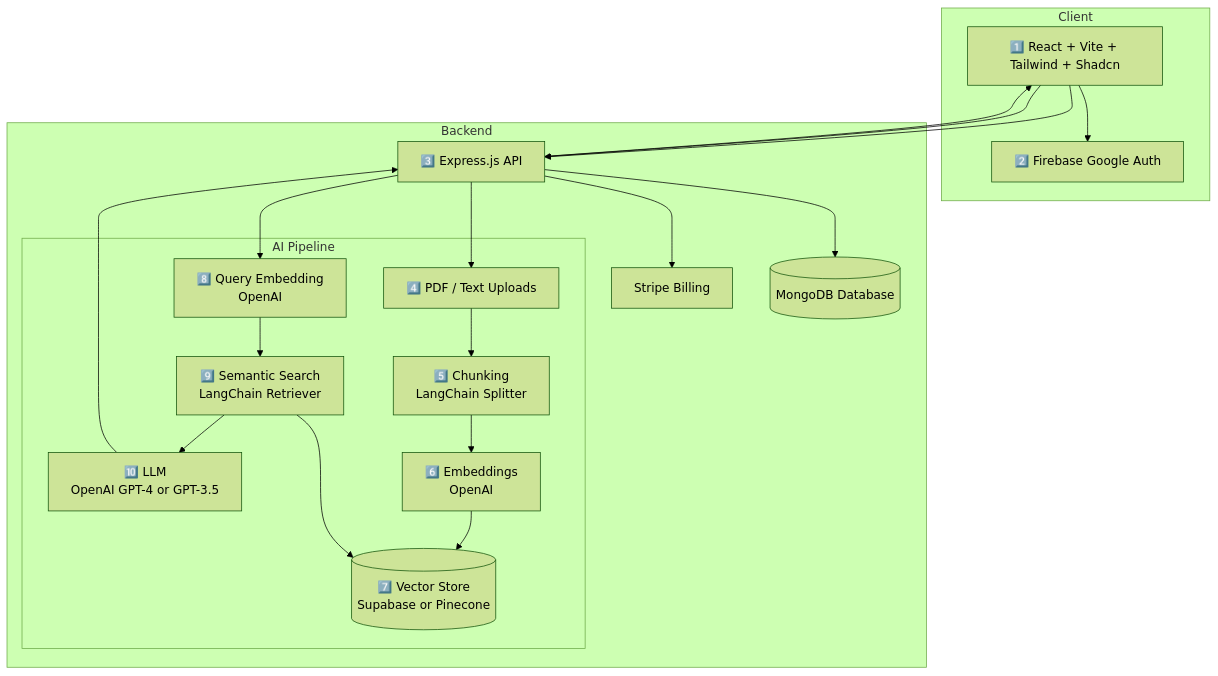
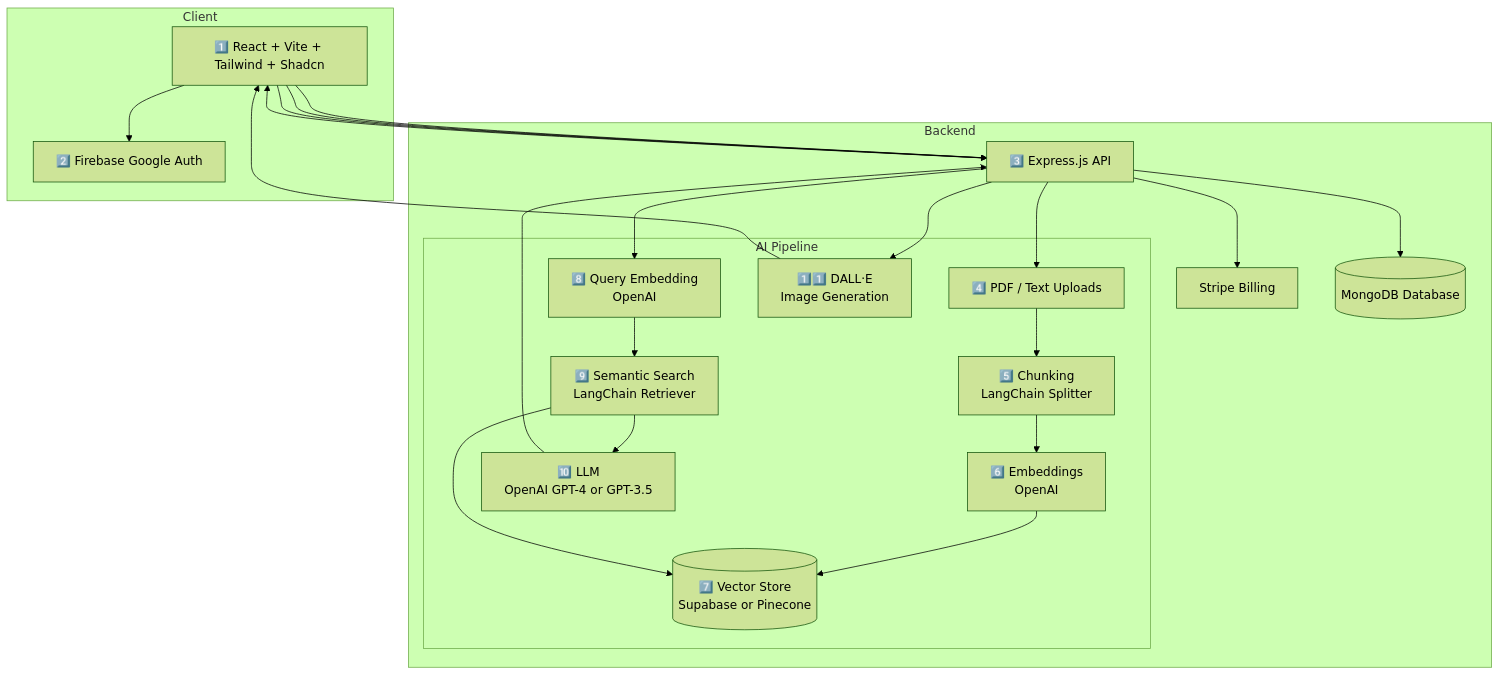
The diagram in README.md (varun-2301/genai-saas), drawn with Mermaid (forest theme) before and after one commit. The commit also changed other lines of this file, not shown here.

````diff
--- a/README.md
+++ b/README.md
@@ -63,40 +64,44 @@
 ```mermaid
 flowchart TD
     subgraph Client
         UI[1️⃣ React + Vite + Tailwind + Shadcn]
         FirebaseAuth[2️⃣ Firebase Google Auth]
     end
 
     subgraph Backend
         ExpressAPI[3️⃣ Express.js API]
 
         subgraph OpenAIFlow[AI Pipeline]
             Source[4️⃣ PDF / Text Uploads]
             Chunks[5️⃣ Chunking<br>LangChain Splitter]
             Embeddings[6️⃣ Embeddings<br>OpenAI]
             VectorDB[(7️⃣ Vector Store<br>Supabase or Pinecone)]
             QueryEmbedding[8️⃣ Query Embedding<br>OpenAI]
             Retriever[9️⃣ Semantic Search<br>LangChain Retriever]
             LLM[🔟 LLM<br>OpenAI GPT-4 or GPT-3.5]
+            Dalle[1️⃣1️⃣ DALL·E<br>Image Generation]
         end
 
         StripeAPI[Stripe Billing]
         MongoDB[(MongoDB Database)]
     end
 
     %% Client Connections
     UI --> FirebaseAuth
     UI --> ExpressAPI
 
     %% Backend Connections
     ExpressAPI --> MongoDB
     ExpressAPI --> StripeAPI
 
     %% AI Pipeline
     ExpressAPI --> Source
     Source --> Chunks --> Embeddings --> VectorDB
     UI --> ExpressAPI --> QueryEmbedding --> Retriever
     Retriever --> VectorDB
     Retriever --> LLM
     LLM --> ExpressAPI --> UI
+
+    %% DALL·E Connection
+    UI --> ExpressAPI --> Dalle --> UI
 ```
````
